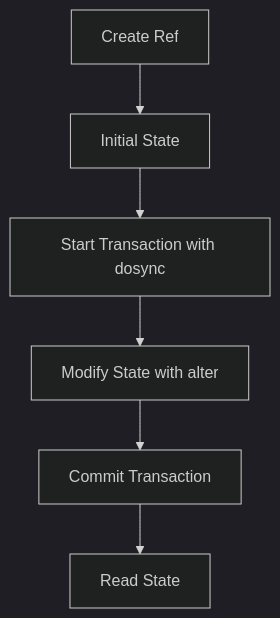
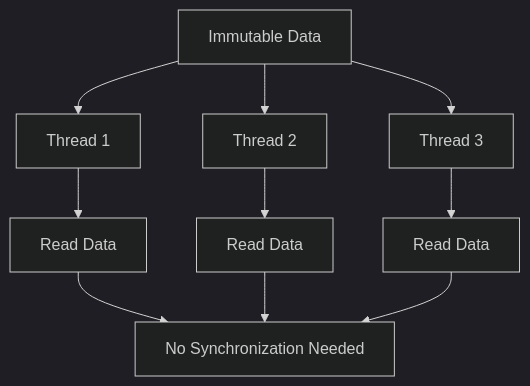
One commit to MasteryEducation/SoftwarePatternsLexicon.com changed the diagram in content/patterns-clojure/3/8/index.md. Above: the diagram before and after it, drawn with Mermaid (dark theme). The commit also changed other lines of this file and 462 other files, not shown here.

````diff
--- a/content/patterns-clojure/3/8/index.md
+++ b/content/patterns-clojure/3/8/index.md
@@ -114,8 +129,12 @@
 ```mermaid
 graph TD;
-    A[Create Ref] --> B[Initial State]
-    B --> C[Start Transaction with dosync]
-    C --> D[Modify State with alter]
-    D --> E[Commit Transaction]
-    E --> F[Read State]
+    A[Immutable Data] --> B[Thread 1];
+    A --> C[Thread 2];
+    A --> D[Thread 3];
+    B --> E[Read Data];
+    C --> F[Read Data];
+    D --> G[Read Data];
+    E --> H[No Synchronization Needed];
+    F --> H;
+    G --> H;
 ```
````
